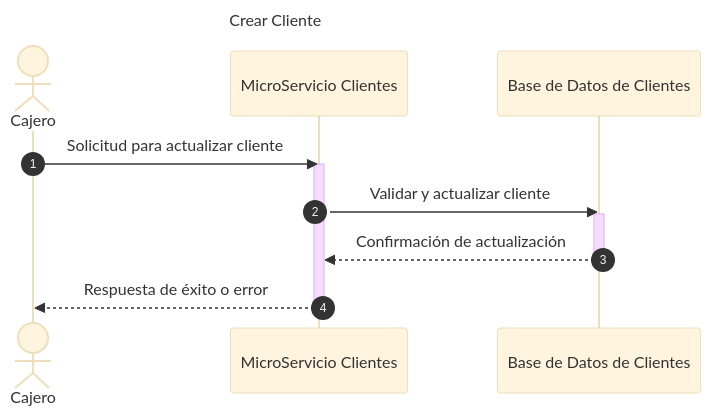
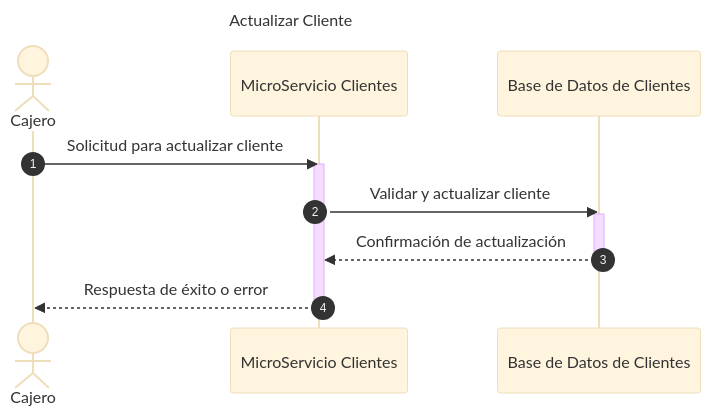
The second of 11 diagrams in Documentacion/DiagramaDeSecuencia.md (dannyverap/XYZBank), drawn with Mermaid (base theme) before and after one commit. The commit also changed other lines of this file and 22 other files, not shown here.

````diff
--- a/Documentacion/DiagramaDeSecuencia.md
+++ b/Documentacion/DiagramaDeSecuencia.md
@@ -26,16 +26,16 @@
 ```mermaid
 sequenceDiagram
-    title Crear Cliente
+    title Actualizar Cliente
     autonumber
     actor C as Cajero
     participant MsCliente as MicroServicio Clientes
     participant ClienteDb as Base de Datos de Clientes
     C ->> MsCliente: Solicitud para actualizar cliente
     activate MsCliente
     MsCliente ->> ClienteDb: Validar y actualizar cliente
     activate ClienteDb
     ClienteDb -->> MsCliente: Confirmación de actualización
     deactivate ClienteDb
     MsCliente -->> C: Respuesta de éxito o error
     deactivate MsCliente
 ```
````
